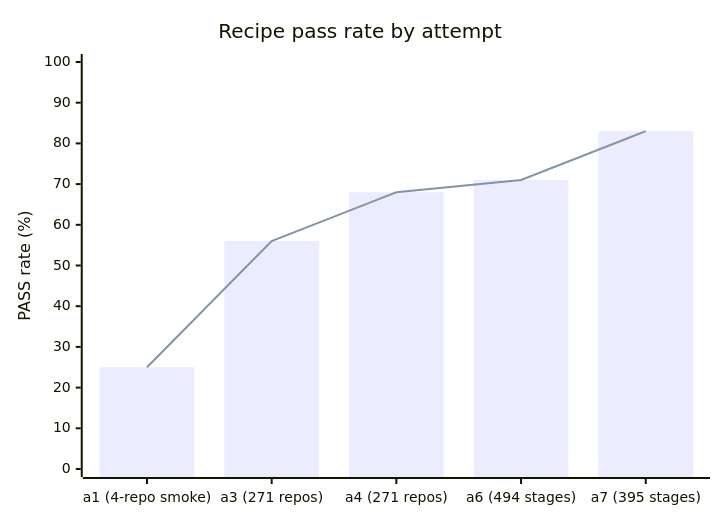
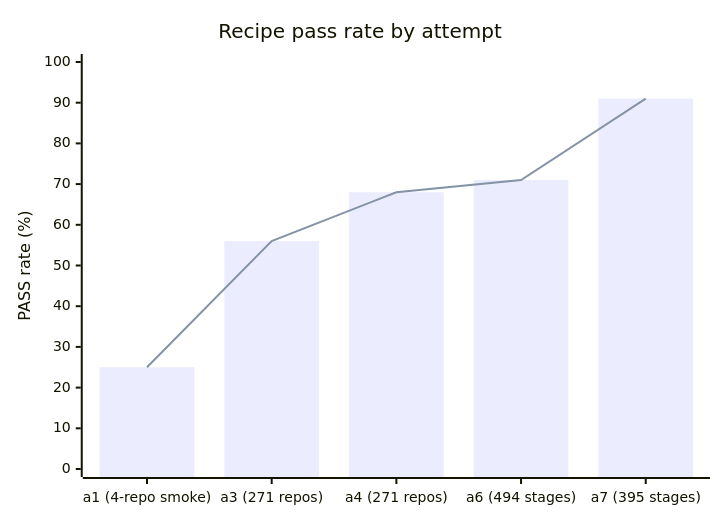
One commit to vasiliy-mikhailov/bump-java-version changed the diagram in README.md. Above: the diagram before and after it, drawn with Mermaid. The commit also changed other lines of this file, not shown here.

Commit message:
README: a7 → 91% (pass-1 + plugin-bump pass-2). Plugin 6.40.0 cured the RawGradleModule.parse Nexus-404-HTML chokepoint; +30 stages on attempt-1 alone. Cumulative +24pp over iter-0 baseline (67 → 91).

````diff
--- a/README.md
+++ b/README.md
@@ -20,8 +20,8 @@
 ```mermaid
 xychart-beta
     title "Recipe pass rate by attempt"
     x-axis ["a1 (4-repo smoke)", "a3 (271 repos)", "a4 (271 repos)", "a6 (494 stages)", "a7 (395 stages)"]
     y-axis "PASS rate (%)" 0 --> 100
-    bar [25, 56, 68, 71, 83]
-    line [25, 56, 68, 71, 83]
+    bar [25, 56, 68, 71, 91]
+    line [25, 56, 68, 71, 91]
 ```
````
